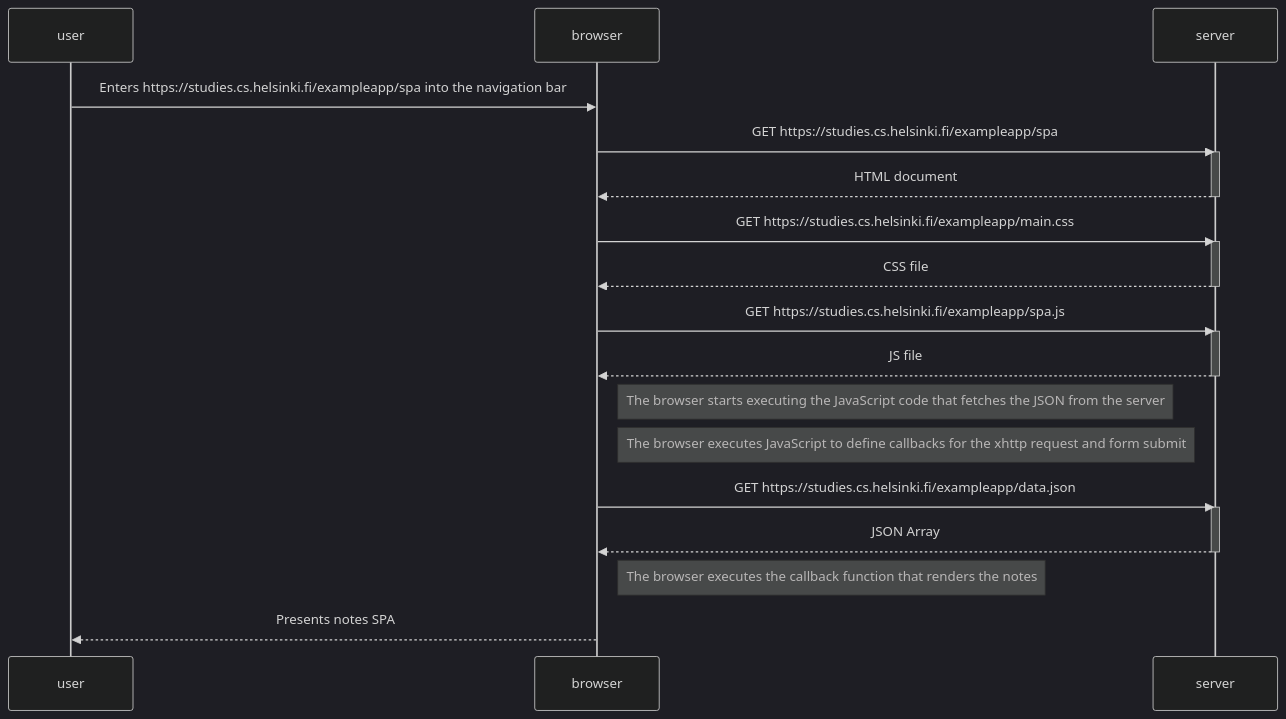
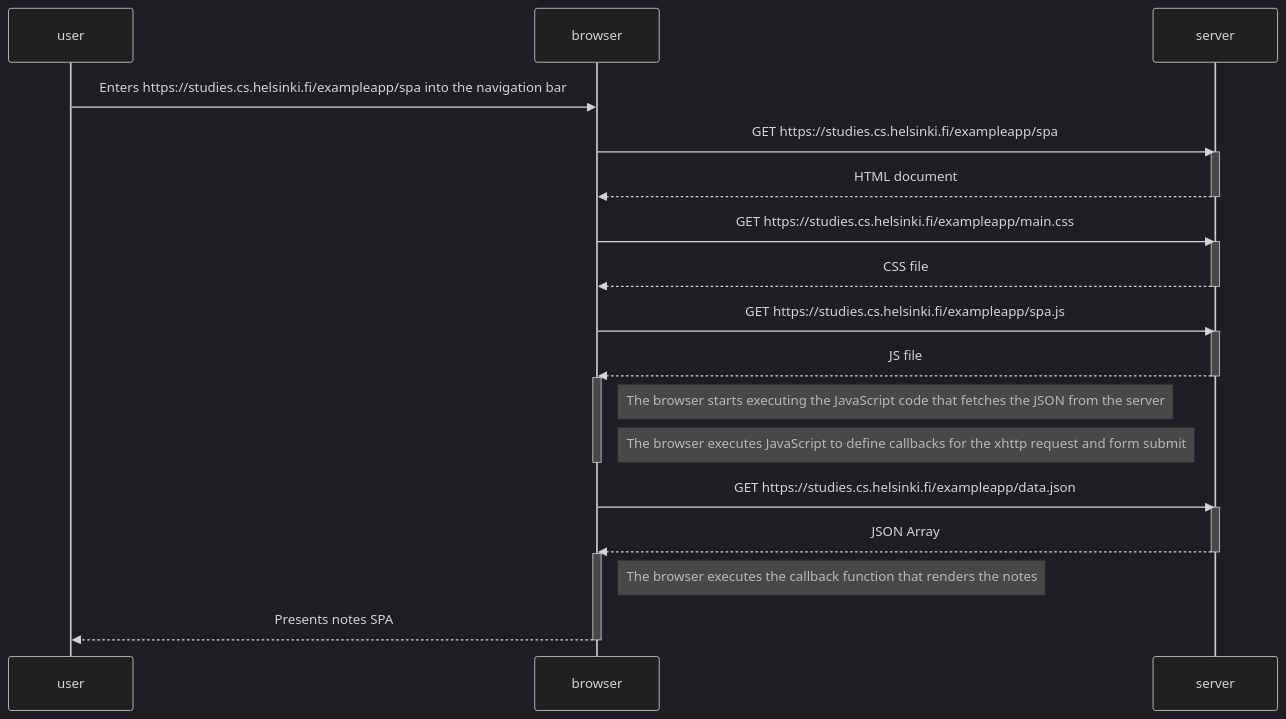
Before and after one commit to dave-mp/fullstackopen: the diagram in part0/0.5/single_page_app_diagram.md, drawn with Mermaid (dark theme). The commit also changed 2 other files, not shown here.

Commit message:
Exercises 0.4-0.6 small changes

````diff
--- a/part0/0.5/single_page_app_diagram.md
+++ b/part0/0.5/single_page_app_diagram.md
@@ -1,35 +1,38 @@
 ```mermaid
 sequenceDiagram
     participant user
     participant browser
     participant server
 
     user->>browser: Enters https://studies.cs.helsinki.fi/exampleapp/spa into the navigation bar
     browser->>server: GET https://studies.cs.helsinki.fi/exampleapp/spa
     activate server
     server-->>browser: HTML document
     deactivate server
 
     browser->>server: GET https://studies.cs.helsinki.fi/exampleapp/main.css
     activate server
     server-->>browser: CSS file
     deactivate server
 
     browser->>server: GET https://studies.cs.helsinki.fi/exampleapp/spa.js
     activate server
     server-->>browser: JS file
     deactivate server
 
+    activate browser
     Note right of browser: The browser starts executing the JavaScript code that fetches the JSON from the server
-
     Note right of browser: The browser executes JavaScript to define callbacks for the xhttp request and form submit
+    deactivate browser
 
     browser->>server: GET https://studies.cs.helsinki.fi/exampleapp/data.json
     activate server
     server-->>browser: JSON Array
-    deactivate server    
+    deactivate server
 
+    activate browser
     Note right of browser: The browser executes the callback function that renders the notes
 
     browser-->>user: Presents notes SPA
+    deactivate browser
 ```
````
